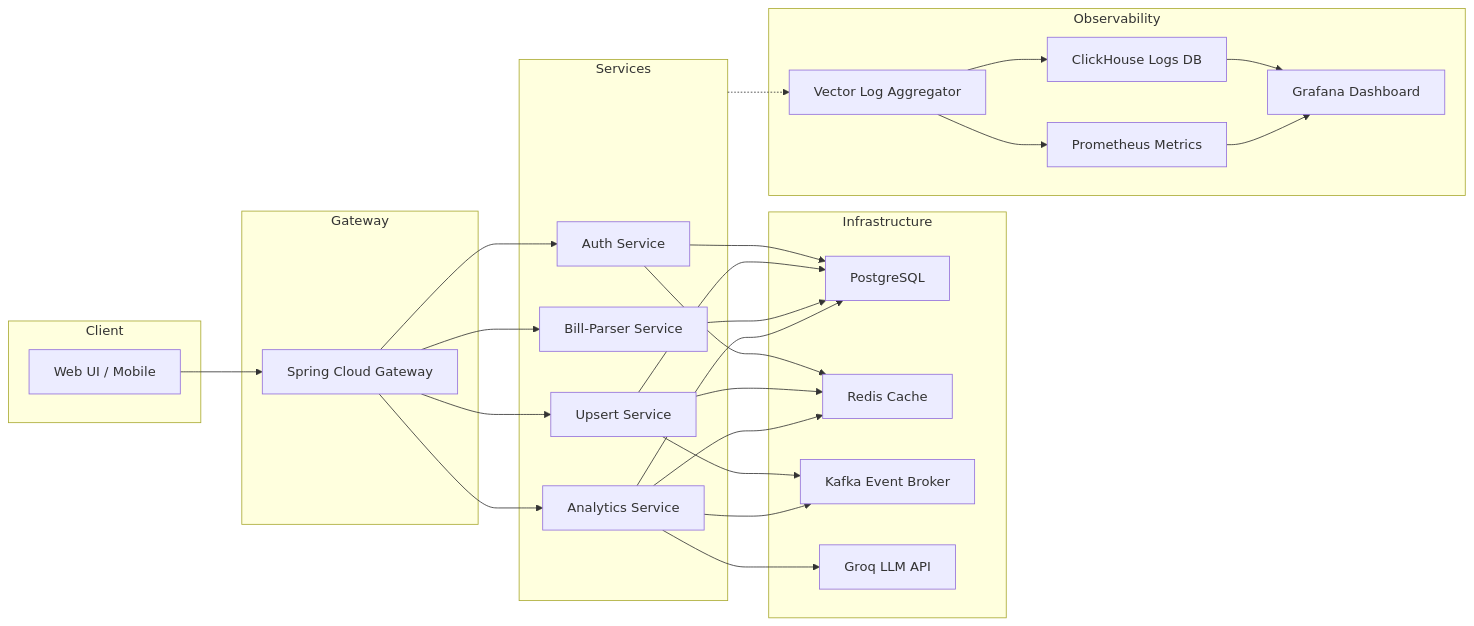
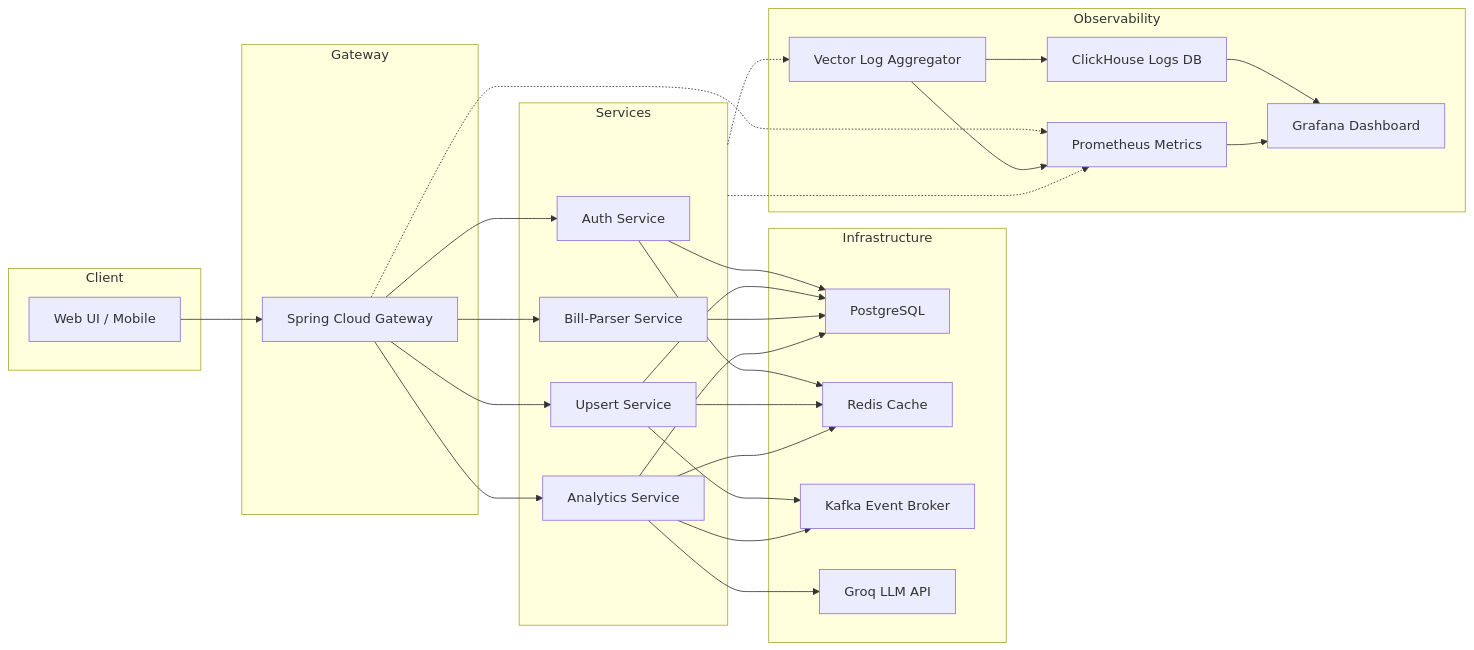
Before and after one commit to verginjose/Personal-Finance-Assistant: the diagram in README.md, drawn with Mermaid. The commit also changed other lines of this file and 2 other files, not shown here.

````diff
--- a/README.md
+++ b/README.md
@@ -16,47 +21,49 @@
 ```mermaid
 flowchart LR
     subgraph Client
         UI[Web UI / Mobile]
     end
     subgraph Gateway
         GW[Spring Cloud Gateway]
     end
     subgraph Services
         Auth[Auth Service]
         Upsert[Upsert Service]
         Bill[Bill-Parser Service]
         Analytics[Analytics Service]
     end
     subgraph Infrastructure
         PG[PostgreSQL]
         Redis[Redis Cache]
         Kafka[Kafka Event Broker]
         Groq[Groq LLM API]
     end
     subgraph Observability
         Vector[Vector Log Aggregator]
         CH[ClickHouse Logs DB]
         Grafana[Grafana Dashboard]
         Prometheus[Prometheus Metrics]
     end
     UI --> GW
     GW --> Auth
     GW --> Upsert
     GW --> Bill
     GW --> Analytics
     Auth --> PG
     Upsert --> PG
     Bill --> PG
     Analytics --> PG
     Auth --> Redis
     Upsert --> Redis
     Analytics --> Redis
     Upsert --> Kafka
     Analytics --> Kafka
     Analytics --> Groq
     Services -.-> Vector
+    Services -.-> Prometheus
+    GW -.-> Prometheus
     Vector --> CH
     Vector --> Prometheus
     CH --> Grafana
     Prometheus --> Grafana
 ```
````
